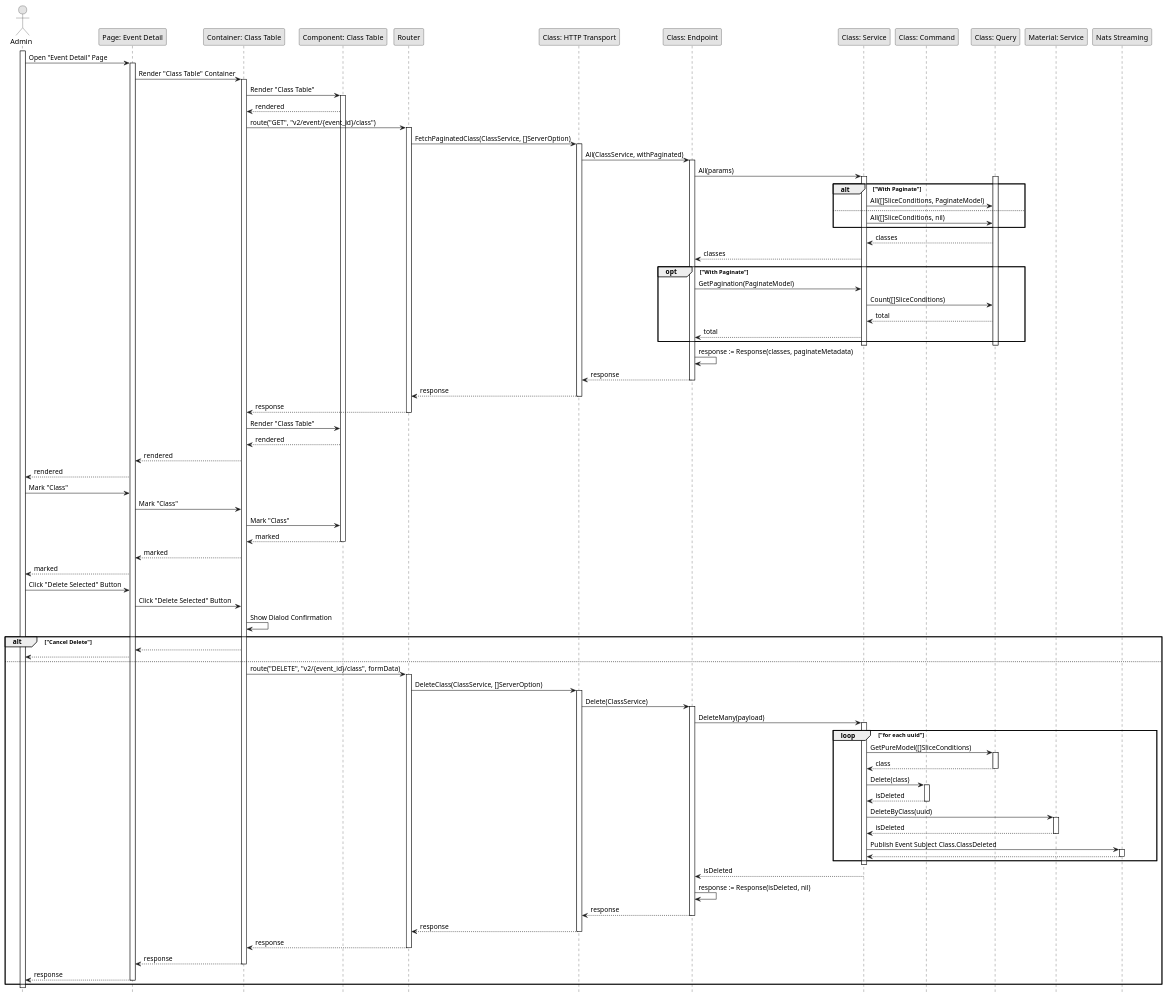
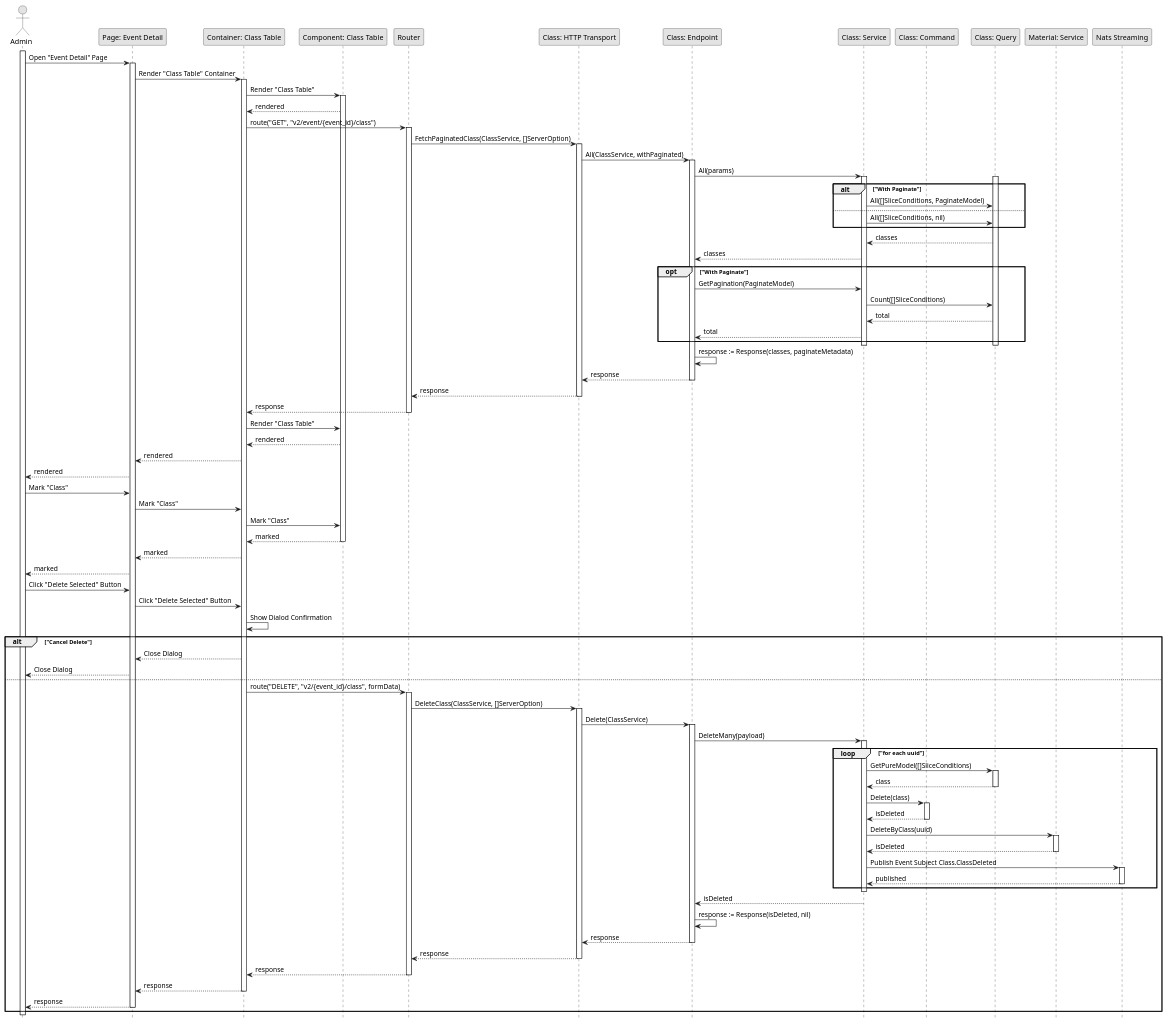
One commit to fwidjaya20/fazzlearning-uml changed the diagram in Sequence/Release02/DeleteClass.wsd. Above: the diagram before and after it, drawn with PlantUML. The commit also changed 26 other files, not shown here.

Commit message:
fix(sequence): adding return wording

```diff
--- a/Sequence/Release02/DeleteClass.wsd
+++ b/Sequence/Release02/DeleteClass.wsd
@@ -1,131 +1,131 @@
 @startuml DeleteClass
 
 skinparam Monochrome true
 skinparam Shadowing false
 hide footbox
 
 actor Admin
 participant "Page: Event Detail" as EventDetailPage
 participant "Container: Class Table" as ClassTableContainer
 participant "Component: Class Table" as ClassTable
 participant "Router" as Router
 participant "Class: HTTP Transport" as ClassHTTPTransport
 participant "Class: Endpoint" as ClassEndpoint
 participant "Class: Service" as ClassService
 participant "Class: Command" as ClassCommand
 participant "Class: Query" as ClassQuery
 participant "Material: Service" as MaterialService
 participant "Nats Streaming" as NatsStreaming
 
 activate Admin
 
 Admin->EventDetailPage: Open "Event Detail" Page
 activate EventDetailPage
 EventDetailPage->ClassTableContainer: Render "Class Table" Container
 activate ClassTableContainer
 ClassTableContainer->ClassTable: Render "Class Table"
 activate ClassTable
 ClassTable-->ClassTableContainer: rendered
 ClassTableContainer->Router: route("GET", "v2/event/{event_id}/class")
 activate Router
 Router->ClassHTTPTransport: FetchPaginatedClass(ClassService, []ServerOption)
 activate ClassHTTPTransport
 ClassHTTPTransport->ClassEndpoint: All(ClassService, withPaginated)
 activate ClassEndpoint
 ClassEndpoint->ClassService: All(params)
 
 activate ClassService
 activate ClassQuery
 alt "With Paginate"
     ClassService->ClassQuery: All([]SliceConditions, PaginateModel)
 else
     ClassService->ClassQuery: All([]SliceConditions, nil)
 end
 ClassQuery-->ClassService: classes
 ClassService-->ClassEndpoint: classes
 
 opt "With Paginate"
     ClassEndpoint->ClassService: GetPagination(PaginateModel)
     ClassService->ClassQuery: Count([]SliceConditions)
     ClassQuery-->ClassService: total
     ClassService-->ClassEndpoint: total
 end
 deactivate ClassQuery
 deactivate ClassService
 
 ClassEndpoint->ClassEndpoint: response := Response(classes, paginateMetadata)
 ClassEndpoint-->ClassHTTPTransport: response
 deactivate ClassEndpoint
 ClassHTTPTransport-->Router: response
 deactivate ClassHTTPTransport
 Router-->ClassTableContainer: response
 deactivate Router
 ClassTableContainer->ClassTable: Render "Class Table"
 ClassTable-->ClassTableContainer: rendered
 ClassTableContainer-->EventDetailPage: rendered
 EventDetailPage-->Admin: rendered
 
 Admin->EventDetailPage: Mark "Class"
 EventDetailPage->ClassTableContainer: Mark "Class"
 ClassTableContainer->ClassTable: Mark "Class"
 ClassTable-->ClassTableContainer: marked
 deactivate ClassTable
 ClassTableContainer-->EventDetailPage: marked
 EventDetailPage-->Admin: marked
 
 Admin->EventDetailPage: Click "Delete Selected" Button
 EventDetailPage->ClassTableContainer: Click "Delete Selected" Button
 ClassTableContainer->ClassTableContainer: Show Dialod Confirmation
 
 alt "Cancel Delete"
-    ClassTableContainer-->EventDetailPage
-    EventDetailPage-->Admin
+    ClassTableContainer-->EventDetailPage: Close Dialog
+    EventDetailPage-->Admin: Close Dialog
 else
     ClassTableContainer->Router: route("DELETE", "v2/{event_id}/class", formData)
     activate Router
     Router->ClassHTTPTransport: DeleteClass(ClassService, []ServerOption)
     activate ClassHTTPTransport
     ClassHTTPTransport->ClassEndpoint: Delete(ClassService)
     activate ClassEndpoint
     ClassEndpoint->ClassService: DeleteMany(payload)
 
     activate ClassService
     loop "for each uuid"
         ClassService->ClassQuery: GetPureModel([]SliceConditions)
         activate ClassQuery
         ClassQuery-->ClassService: class
         deactivate ClassQuery
 
         ClassService->ClassCommand: Delete(class)
         activate ClassCommand
         ClassCommand-->ClassService: isDeleted
         deactivate ClassCommand
 
         ClassService->MaterialService: DeleteByClass(uuid)
         activate MaterialService
         MaterialService-->ClassService: isDeleted
         deactivate MaterialService
         ClassService->NatsStreaming: Publish Event Subject Class.ClassDeleted
         activate NatsStreaming
-        NatsStreaming-->ClassService
+        NatsStreaming-->ClassService: published
         deactivate NatsStreaming
     end
     deactivate ClassService
     
     ClassService-->ClassEndpoint: isDeleted
     ClassEndpoint->ClassEndpoint: response := Response(isDeleted, nil)
     ClassEndpoint-->ClassHTTPTransport: response
     deactivate ClassEndpoint
     ClassHTTPTransport-->Router: response
     deactivate ClassHTTPTransport
     Router-->ClassTableContainer: response
     deactivate Router
     ClassTableContainer-->EventDetailPage: response
     deactivate ClassTableContainer
     EventDetailPage-->Admin: response
     deactivate EventDetailPage
 end
 
 deactivate Admin
 
 @enduml
```
